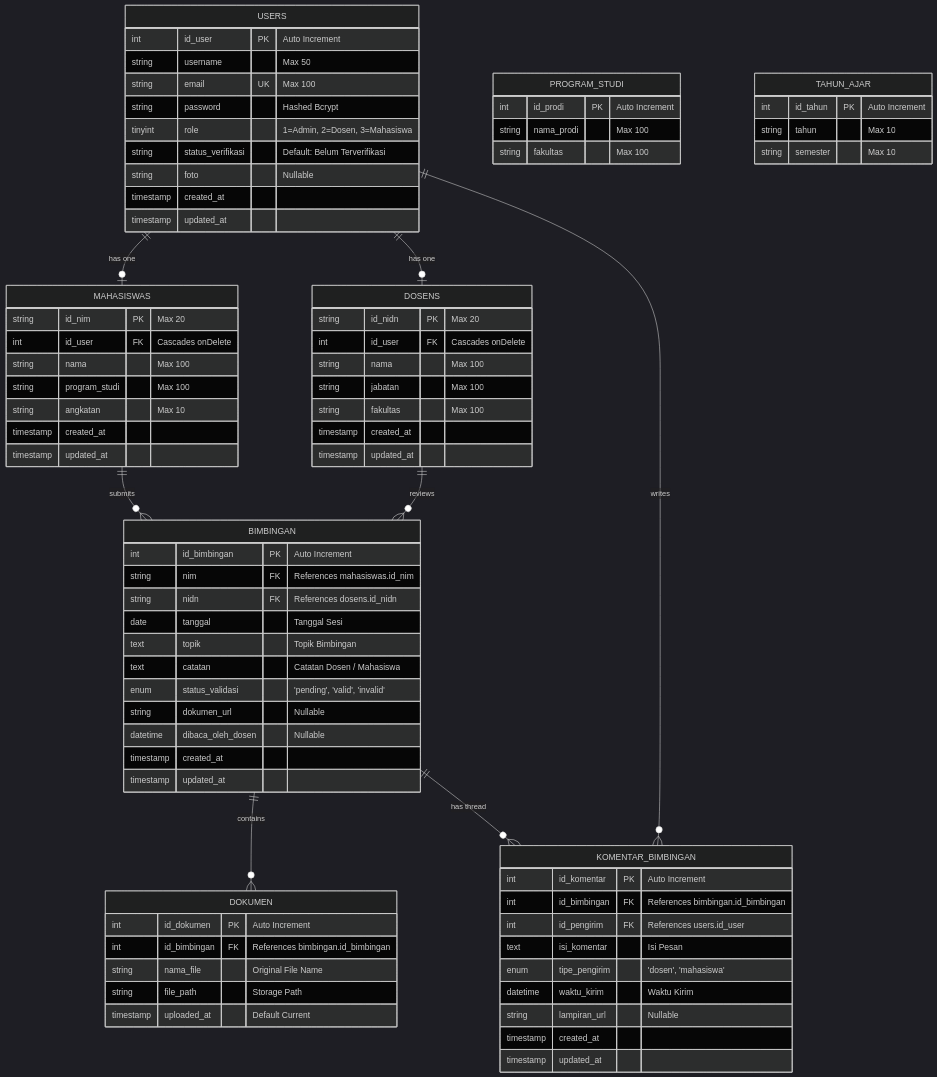
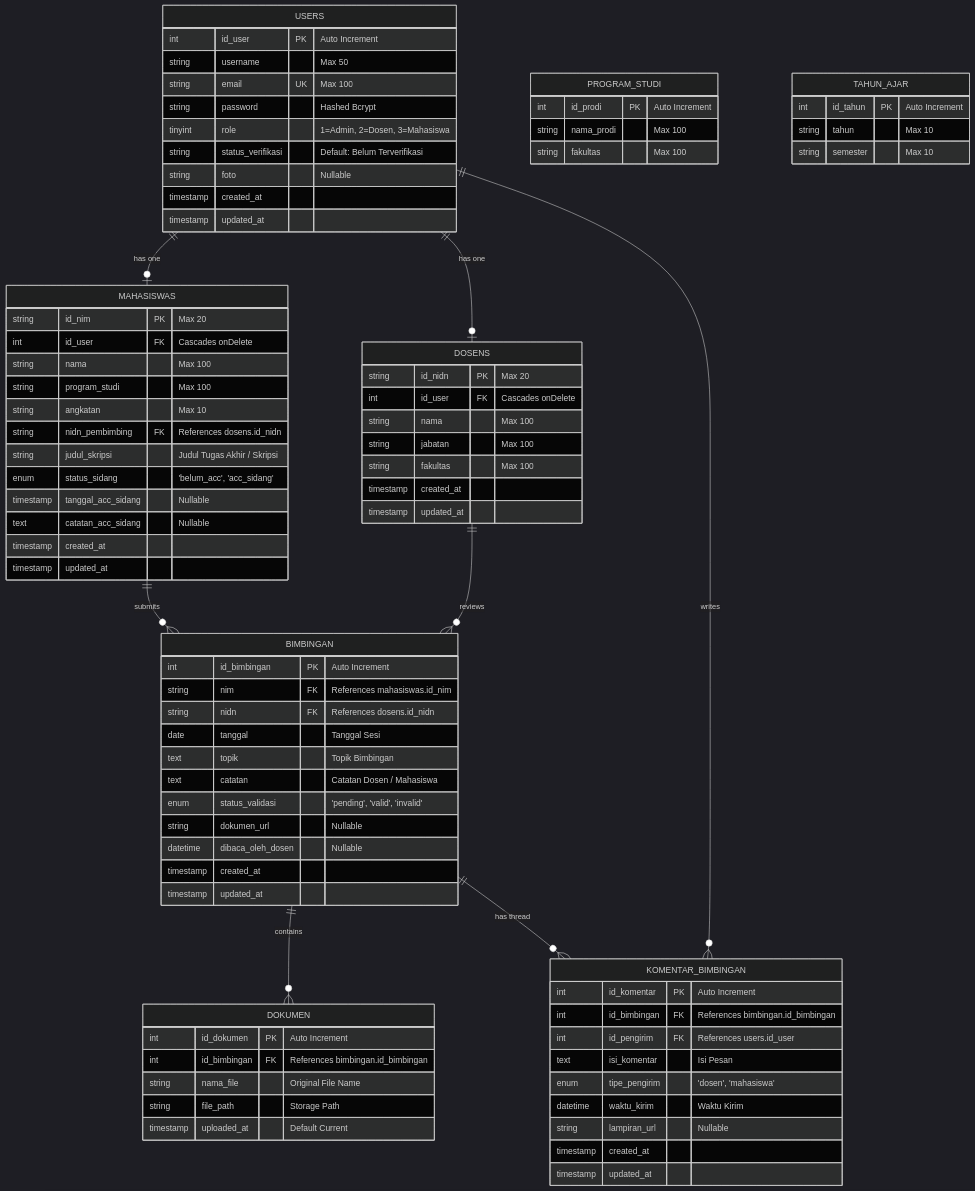
Before and after one commit to WildanHumaidi/sim-bimbingan: the diagram in docs/ERD.md, drawn with Mermaid (dark theme). The commit also changed other lines of this file and 19 other files, not shown here.

```diff
--- a/docs/ERD.md
+++ b/docs/ERD.md
@@ -38,6 +38,11 @@
         string nama "Max 100"
         string program_studi "Max 100"
         string angkatan "Max 10"
+        string nidn_pembimbing FK "References dosens.id_nidn"
+        string judul_skripsi "Judul Tugas Akhir / Skripsi"
+        enum status_sidang "'belum_acc', 'acc_sidang'"
+        timestamp tanggal_acc_sidang "Nullable"
+        text catatan_acc_sidang "Nullable"
         timestamp created_at
         timestamp updated_at
     }
```
